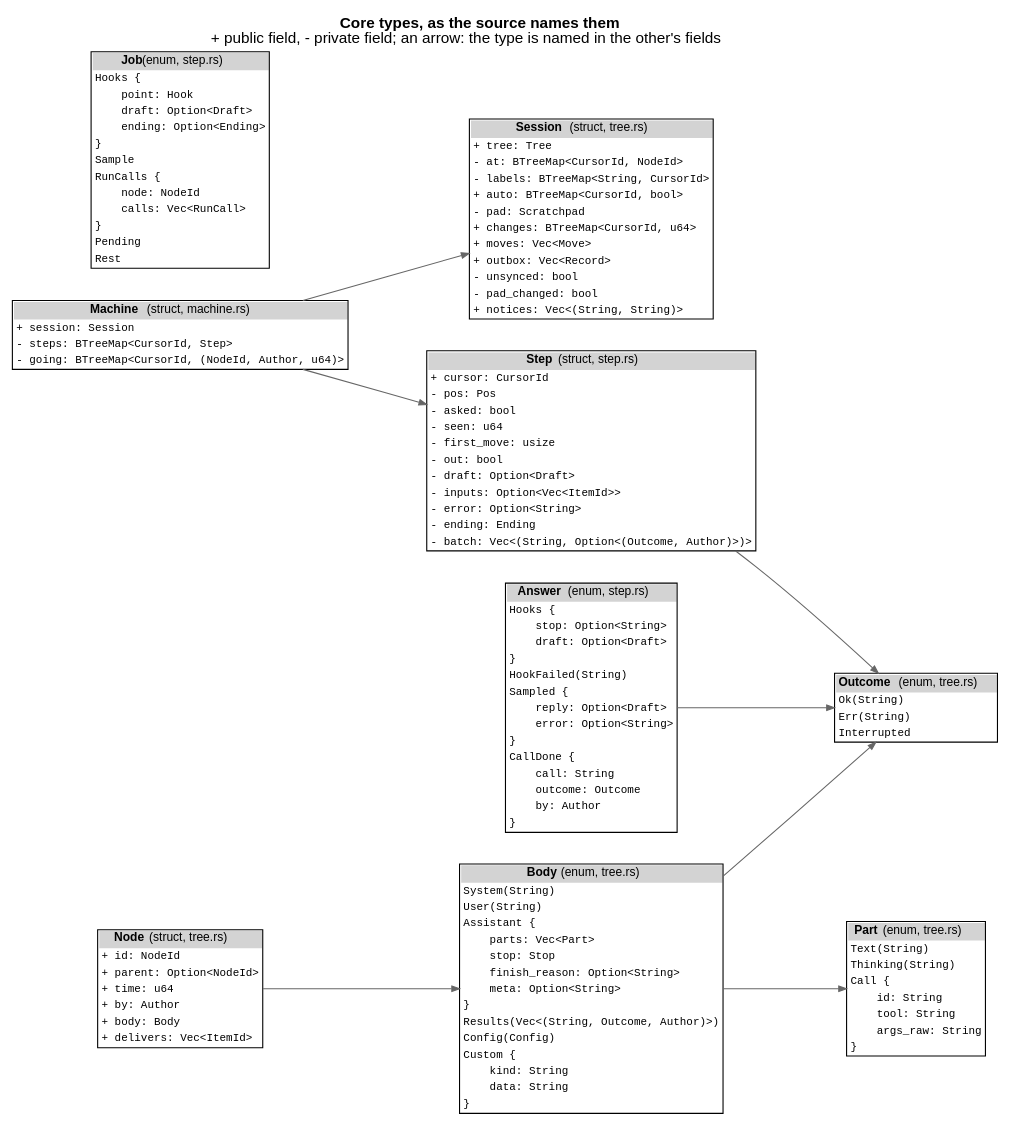
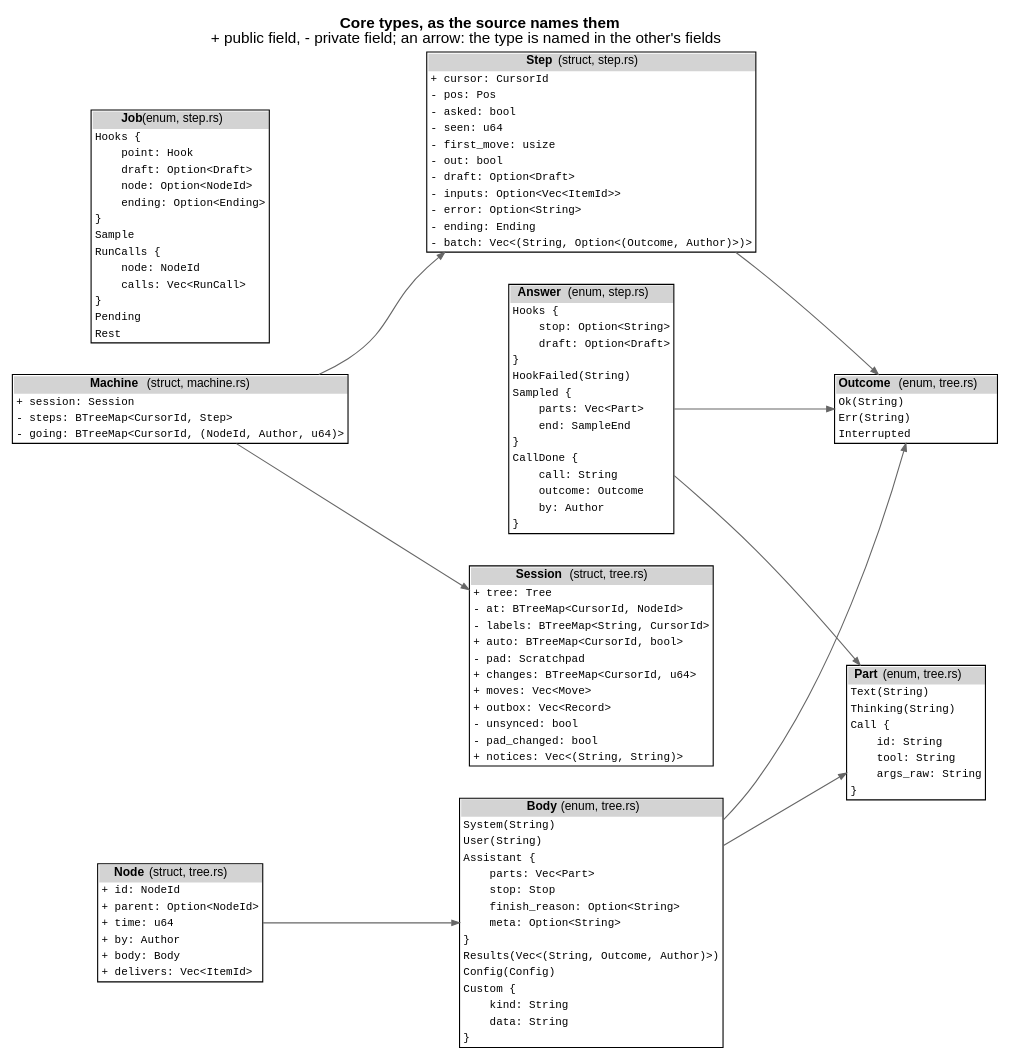
Before and after one commit to jmccardle/tau: the diagram in docs/as-built/diagrams/types.dot, drawn with Graphviz. The commit also changed 27 other files, not shown here.

First line of the commit message:
Subtractive pass B: core decides how a sample ends and what a hook is about; driver only waits

```diff
--- a/docs/as-built/diagrams/types.dot
+++ b/docs/as-built/diagrams/types.dot
@@ -8,8 +8,8 @@
   "Session" [label=<<table border="1" cellborder="0" cellspacing="0"><tr><td bgcolor="lightgray"><b>Session</b> (struct, tree.rs)</td></tr><tr><td align="left" balign="left"><font face="Courier" point-size="10">+&nbsp;tree:&nbsp;Tree</font></td></tr><tr><td align="left" balign="left"><font face="Courier" point-size="10">-&nbsp;at:&nbsp;BTreeMap&lt;CursorId,&nbsp;NodeId&gt;</font></td></tr><tr><td align="left" balign="left"><font face="Courier" point-size="10">-&nbsp;labels:&nbsp;BTreeMap&lt;String,&nbsp;CursorId&gt;</font></td></tr><tr><td align="left" balign="left"><font face="Courier" point-size="10">+&nbsp;auto:&nbsp;BTreeMap&lt;CursorId,&nbsp;bool&gt;</font></td></tr><tr><td align="left" balign="left"><font face="Courier" point-size="10">-&nbsp;pad:&nbsp;Scratchpad</font></td></tr><tr><td align="left" balign="left"><font face="Courier" point-size="10">+&nbsp;changes:&nbsp;BTreeMap&lt;CursorId,&nbsp;u64&gt;</font></td></tr><tr><td align="left" balign="left"><font face="Courier" point-size="10">+&nbsp;moves:&nbsp;Vec&lt;Move&gt;</font></td></tr><tr><td align="left" balign="left"><font face="Courier" point-size="10">+&nbsp;outbox:&nbsp;Vec&lt;Record&gt;</font></td></tr><tr><td align="left" balign="left"><font face="Courier" point-size="10">-&nbsp;unsynced:&nbsp;bool</font></td></tr><tr><td align="left" balign="left"><font face="Courier" point-size="10">-&nbsp;pad_changed:&nbsp;bool</font></td></tr><tr><td align="left" balign="left"><font face="Courier" point-size="10">+&nbsp;notices:&nbsp;Vec&lt;(String,&nbsp;String)&gt;</font></td></tr></table>>];
   "Machine" [label=<<table border="1" cellborder="0" cellspacing="0"><tr><td bgcolor="lightgray"><b>Machine</b> (struct, machine.rs)</td></tr><tr><td align="left" balign="left"><font face="Courier" point-size="10">+&nbsp;session:&nbsp;Session</font></td></tr><tr><td align="left" balign="left"><font face="Courier" point-size="10">-&nbsp;steps:&nbsp;BTreeMap&lt;CursorId,&nbsp;Step&gt;</font></td></tr><tr><td align="left" balign="left"><font face="Courier" point-size="10">-&nbsp;going:&nbsp;BTreeMap&lt;CursorId,&nbsp;(NodeId,&nbsp;Author,&nbsp;u64)&gt;</font></td></tr></table>>];
   "Step" [label=<<table border="1" cellborder="0" cellspacing="0"><tr><td bgcolor="lightgray"><b>Step</b> (struct, step.rs)</td></tr><tr><td align="left" balign="left"><font face="Courier" point-size="10">+&nbsp;cursor:&nbsp;CursorId</font></td></tr><tr><td align="left" balign="left"><font face="Courier" point-size="10">-&nbsp;pos:&nbsp;Pos</font></td></tr><tr><td align="left" balign="left"><font face="Courier" point-size="10">-&nbsp;asked:&nbsp;bool</font></td></tr><tr><td align="left" balign="left"><font face="Courier" point-size="10">-&nbsp;seen:&nbsp;u64</font></td></tr><tr><td align="left" balign="left"><font face="Courier" point-size="10">-&nbsp;first_move:&nbsp;usize</font></td></tr><tr><td align="left" balign="left"><font face="Courier" point-size="10">-&nbsp;out:&nbsp;bool</font></td></tr><tr><td align="left" balign="left"><font face="Courier" point-size="10">-&nbsp;draft:&nbsp;Option&lt;Draft&gt;</font></td></tr><tr><td align="left" balign="left"><font face="Courier" point-size="10">-&nbsp;inputs:&nbsp;Option&lt;Vec&lt;ItemId&gt;&gt;</font></td></tr><tr><td align="left" balign="left"><font face="Courier" point-size="10">-&nbsp;error:&nbsp;Option&lt;String&gt;</font></td></tr><tr><td align="left" balign="left"><font face="Courier" point-size="10">-&nbsp;ending:&nbsp;Ending</font></td></tr><tr><td align="left" balign="left"><font face="Courier" point-size="10">-&nbsp;batch:&nbsp;Vec&lt;(String,&nbsp;Option&lt;(Outcome,&nbsp;Author)&gt;)&gt;</font></td></tr></table>>];
-  "Job" [label=<<table border="1" cellborder="0" cellspacing="0"><tr><td bgcolor="lightgray"><b>Job</b> (enum, step.rs)</td></tr><tr><td align="left" balign="left"><font face="Courier" point-size="10">Hooks&nbsp;{</font></td></tr><tr><td align="left" balign="left"><font face="Courier" point-size="10">&nbsp;&nbsp;&nbsp;&nbsp;point:&nbsp;Hook</font></td></tr><tr><td align="left" balign="left"><font face="Courier" point-size="10">&nbsp;&nbsp;&nbsp;&nbsp;draft:&nbsp;Option&lt;Draft&gt;</font></td></tr><tr><td align="left" balign="left"><font face="Courier" point-size="10">&nbsp;&nbsp;&nbsp;&nbsp;ending:&nbsp;Option&lt;Ending&gt;</font></td></tr><tr><td align="left" balign="left"><font face="Courier" point-size="10">}</font></td></tr><tr><td align="left" balign="left"><font face="Courier" point-size="10">Sample</font></td></tr><tr><td align="left" balign="left"><font face="Courier" point-size="10">RunCalls&nbsp;{</font></td></tr><tr><td align="left" balign="left"><font face="Courier" point-size="10">&nbsp;&nbsp;&nbsp;&nbsp;node:&nbsp;NodeId</font></td></tr><tr><td align="left" balign="left"><font face="Courier" point-size="10">&nbsp;&nbsp;&nbsp;&nbsp;calls:&nbsp;Vec&lt;RunCall&gt;</font></td></tr><tr><td align="left" balign="left"><font face="Courier" point-size="10">}</font></td></tr><tr><td align="left" balign="left"><font face="Courier" point-size="10">Pending</font></td></tr><tr><td align="left" balign="left"><font face="Courier" point-size="10">Rest</font></td></tr></table>>];
-  "Answer" [label=<<table border="1" cellborder="0" cellspacing="0"><tr><td bgcolor="lightgray"><b>Answer</b> (enum, step.rs)</td></tr><tr><td align="left" balign="left"><font face="Courier" point-size="10">Hooks&nbsp;{</font></td></tr><tr><td align="left" balign="left"><font face="Courier" point-size="10">&nbsp;&nbsp;&nbsp;&nbsp;stop:&nbsp;Option&lt;String&gt;</font></td></tr><tr><td align="left" balign="left"><font face="Courier" point-size="10">&nbsp;&nbsp;&nbsp;&nbsp;draft:&nbsp;Option&lt;Draft&gt;</font></td></tr><tr><td align="left" balign="left"><font face="Courier" point-size="10">}</font></td></tr><tr><td align="left" balign="left"><font face="Courier" point-size="10">HookFailed(String)</font></td></tr><tr><td align="left" balign="left"><font face="Courier" point-size="10">Sampled&nbsp;{</font></td></tr><tr><td align="left" balign="left"><font face="Courier" point-size="10">&nbsp;&nbsp;&nbsp;&nbsp;reply:&nbsp;Option&lt;Draft&gt;</font></td></tr><tr><td align="left" balign="left"><font face="Courier" point-size="10">&nbsp;&nbsp;&nbsp;&nbsp;error:&nbsp;Option&lt;String&gt;</font></td></tr><tr><td align="left" balign="left"><font face="Courier" point-size="10">}</font></td></tr><tr><td align="left" balign="left"><font face="Courier" point-size="10">CallDone&nbsp;{</font></td></tr><tr><td align="left" balign="left"><font face="Courier" point-size="10">&nbsp;&nbsp;&nbsp;&nbsp;call:&nbsp;String</font></td></tr><tr><td align="left" balign="left"><font face="Courier" point-size="10">&nbsp;&nbsp;&nbsp;&nbsp;outcome:&nbsp;Outcome</font></td></tr><tr><td align="left" balign="left"><font face="Courier" point-size="10">&nbsp;&nbsp;&nbsp;&nbsp;by:&nbsp;Author</font></td></tr><tr><td align="left" balign="left"><font face="Courier" point-size="10">}</font></td></tr></table>>];
+  "Job" [label=<<table border="1" cellborder="0" cellspacing="0"><tr><td bgcolor="lightgray"><b>Job</b> (enum, step.rs)</td></tr><tr><td align="left" balign="left"><font face="Courier" point-size="10">Hooks&nbsp;{</font></td></tr><tr><td align="left" balign="left"><font face="Courier" point-size="10">&nbsp;&nbsp;&nbsp;&nbsp;point:&nbsp;Hook</font></td></tr><tr><td align="left" balign="left"><font face="Courier" point-size="10">&nbsp;&nbsp;&nbsp;&nbsp;draft:&nbsp;Option&lt;Draft&gt;</font></td></tr><tr><td align="left" balign="left"><font face="Courier" point-size="10">&nbsp;&nbsp;&nbsp;&nbsp;node:&nbsp;Option&lt;NodeId&gt;</font></td></tr><tr><td align="left" balign="left"><font face="Courier" point-size="10">&nbsp;&nbsp;&nbsp;&nbsp;ending:&nbsp;Option&lt;Ending&gt;</font></td></tr><tr><td align="left" balign="left"><font face="Courier" point-size="10">}</font></td></tr><tr><td align="left" balign="left"><font face="Courier" point-size="10">Sample</font></td></tr><tr><td align="left" balign="left"><font face="Courier" point-size="10">RunCalls&nbsp;{</font></td></tr><tr><td align="left" balign="left"><font face="Courier" point-size="10">&nbsp;&nbsp;&nbsp;&nbsp;node:&nbsp;NodeId</font></td></tr><tr><td align="left" balign="left"><font face="Courier" point-size="10">&nbsp;&nbsp;&nbsp;&nbsp;calls:&nbsp;Vec&lt;RunCall&gt;</font></td></tr><tr><td align="left" balign="left"><font face="Courier" point-size="10">}</font></td></tr><tr><td align="left" balign="left"><font face="Courier" point-size="10">Pending</font></td></tr><tr><td align="left" balign="left"><font face="Courier" point-size="10">Rest</font></td></tr></table>>];
+  "Answer" [label=<<table border="1" cellborder="0" cellspacing="0"><tr><td bgcolor="lightgray"><b>Answer</b> (enum, step.rs)</td></tr><tr><td align="left" balign="left"><font face="Courier" point-size="10">Hooks&nbsp;{</font></td></tr><tr><td align="left" balign="left"><font face="Courier" point-size="10">&nbsp;&nbsp;&nbsp;&nbsp;stop:&nbsp;Option&lt;String&gt;</font></td></tr><tr><td align="left" balign="left"><font face="Courier" point-size="10">&nbsp;&nbsp;&nbsp;&nbsp;draft:&nbsp;Option&lt;Draft&gt;</font></td></tr><tr><td align="left" balign="left"><font face="Courier" point-size="10">}</font></td></tr><tr><td align="left" balign="left"><font face="Courier" point-size="10">HookFailed(String)</font></td></tr><tr><td align="left" balign="left"><font face="Courier" point-size="10">Sampled&nbsp;{</font></td></tr><tr><td align="left" balign="left"><font face="Courier" point-size="10">&nbsp;&nbsp;&nbsp;&nbsp;parts:&nbsp;Vec&lt;Part&gt;</font></td></tr><tr><td align="left" balign="left"><font face="Courier" point-size="10">&nbsp;&nbsp;&nbsp;&nbsp;end:&nbsp;SampleEnd</font></td></tr><tr><td align="left" balign="left"><font face="Courier" point-size="10">}</font></td></tr><tr><td align="left" balign="left"><font face="Courier" point-size="10">CallDone&nbsp;{</font></td></tr><tr><td align="left" balign="left"><font face="Courier" point-size="10">&nbsp;&nbsp;&nbsp;&nbsp;call:&nbsp;String</font></td></tr><tr><td align="left" balign="left"><font face="Courier" point-size="10">&nbsp;&nbsp;&nbsp;&nbsp;outcome:&nbsp;Outcome</font></td></tr><tr><td align="left" balign="left"><font face="Courier" point-size="10">&nbsp;&nbsp;&nbsp;&nbsp;by:&nbsp;Author</font></td></tr><tr><td align="left" balign="left"><font face="Courier" point-size="10">}</font></td></tr></table>>];
   "Outcome" [label=<<table border="1" cellborder="0" cellspacing="0"><tr><td bgcolor="lightgray"><b>Outcome</b> (enum, tree.rs)</td></tr><tr><td align="left" balign="left"><font face="Courier" point-size="10">Ok(String)</font></td></tr><tr><td align="left" balign="left"><font face="Courier" point-size="10">Err(String)</font></td></tr><tr><td align="left" balign="left"><font face="Courier" point-size="10">Interrupted</font></td></tr></table>>];
   "Part" [label=<<table border="1" cellborder="0" cellspacing="0"><tr><td bgcolor="lightgray"><b>Part</b> (enum, tree.rs)</td></tr><tr><td align="left" balign="left"><font face="Courier" point-size="10">Text(String)</font></td></tr><tr><td align="left" balign="left"><font face="Courier" point-size="10">Thinking(String)</font></td></tr><tr><td align="left" balign="left"><font face="Courier" point-size="10">Call&nbsp;{</font></td></tr><tr><td align="left" balign="left"><font face="Courier" point-size="10">&nbsp;&nbsp;&nbsp;&nbsp;id:&nbsp;String</font></td></tr><tr><td align="left" balign="left"><font face="Courier" point-size="10">&nbsp;&nbsp;&nbsp;&nbsp;tool:&nbsp;String</font></td></tr><tr><td align="left" balign="left"><font face="Courier" point-size="10">&nbsp;&nbsp;&nbsp;&nbsp;args_raw:&nbsp;String</font></td></tr><tr><td align="left" balign="left"><font face="Courier" point-size="10">}</font></td></tr></table>>];
   "Body" -> "Part";
@@ -18,5 +18,6 @@
   "Machine" -> "Session";
   "Machine" -> "Step";
   "Step" -> "Outcome";
+  "Answer" -> "Part";
   "Answer" -> "Outcome";
 }
```
